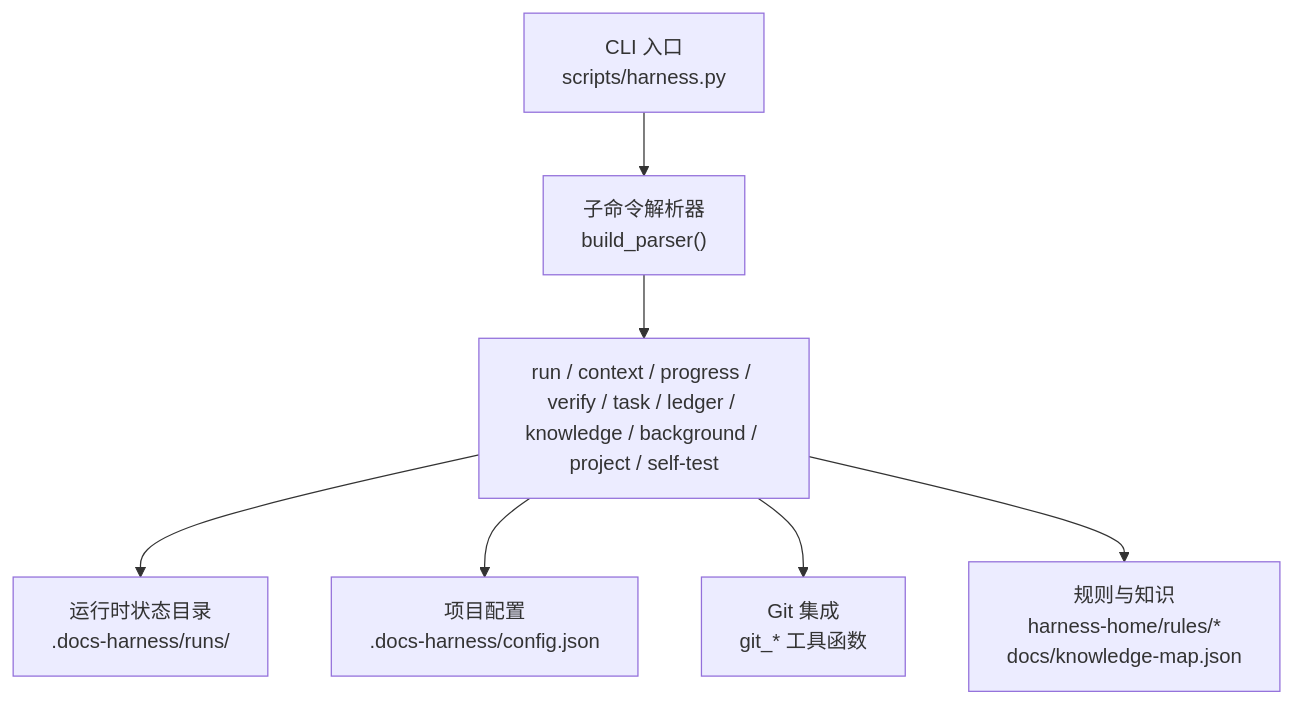
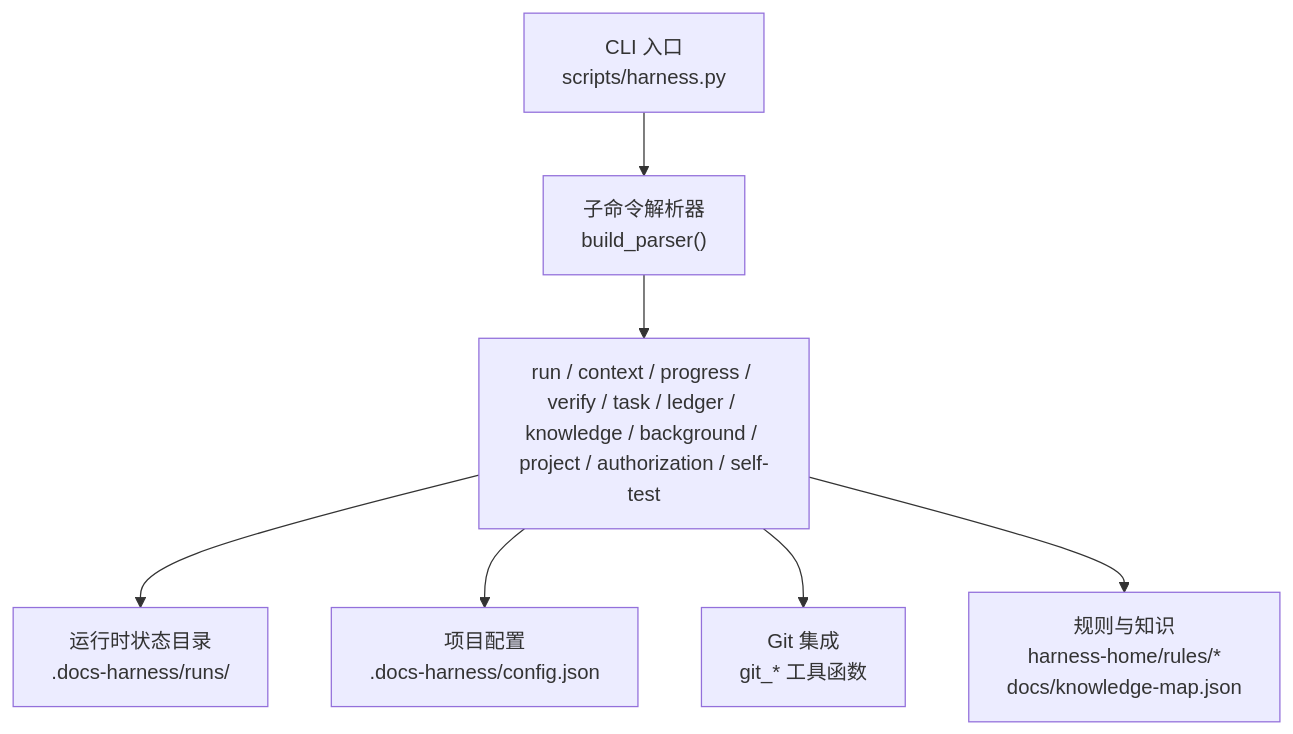
One commit to HackSing/docs-harness changed the first of 3 diagrams in .qoder/repowiki/zh/content/API参考/CLI命令参考/CLI命令参考.md. Above: the diagram before and after it, drawn with Mermaid. The commit also changed other lines of this file and 40 other files, not shown here.

````diff
--- a/.qoder/repowiki/zh/content/API参考/CLI命令参考/CLI命令参考.md
+++ b/.qoder/repowiki/zh/content/API参考/CLI命令参考/CLI命令参考.md
@@ -32,9 +39,9 @@
 ```mermaid
 graph TB
 A["CLI 入口<br/>scripts/harness.py"] --> B["子命令解析器<br/>build_parser()"]
-B --> C["run / context / progress / verify / task / ledger / knowledge / background / project / self-test"]
+B --> C["run / context / progress / verify / task / ledger / knowledge / background / project / authorization / self-test"]
 C --> D["运行时状态目录<br/>.docs-harness/runs/<task-id>"]
 C --> E["项目配置<br/>.docs-harness/config.json"]
 C --> F["Git 集成<br/>git_* 工具函数"]
 C --> G["规则与知识<br/>harness-home/rules/*<br/>docs/knowledge-map.json"]
 ```
````
